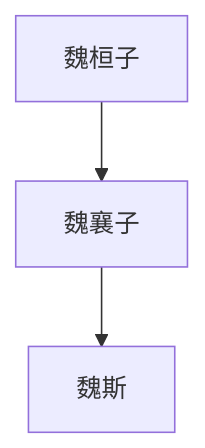
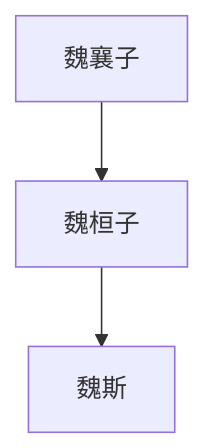
One commit to gamefang/zizhitongjian changed the third of 7 diagrams in 5_筆記/资治通鉴1.md. Above: the diagram before and after it, drawn with Mermaid. The commit also changed other lines of this file and 35 other files, not shown here.

Commit message:
文件整理，部分筆記內圖表摘出

````diff
--- a/5_筆記/资治通鉴1.md
+++ b/5_筆記/资治通鉴1.md
@@ -60,5 +65,5 @@
 ```mermaid
 graph TB
-魏桓子-->魏襄子
-魏襄子-->魏斯
+魏襄子-->魏桓子
+魏桓子-->魏斯
 ```
````
